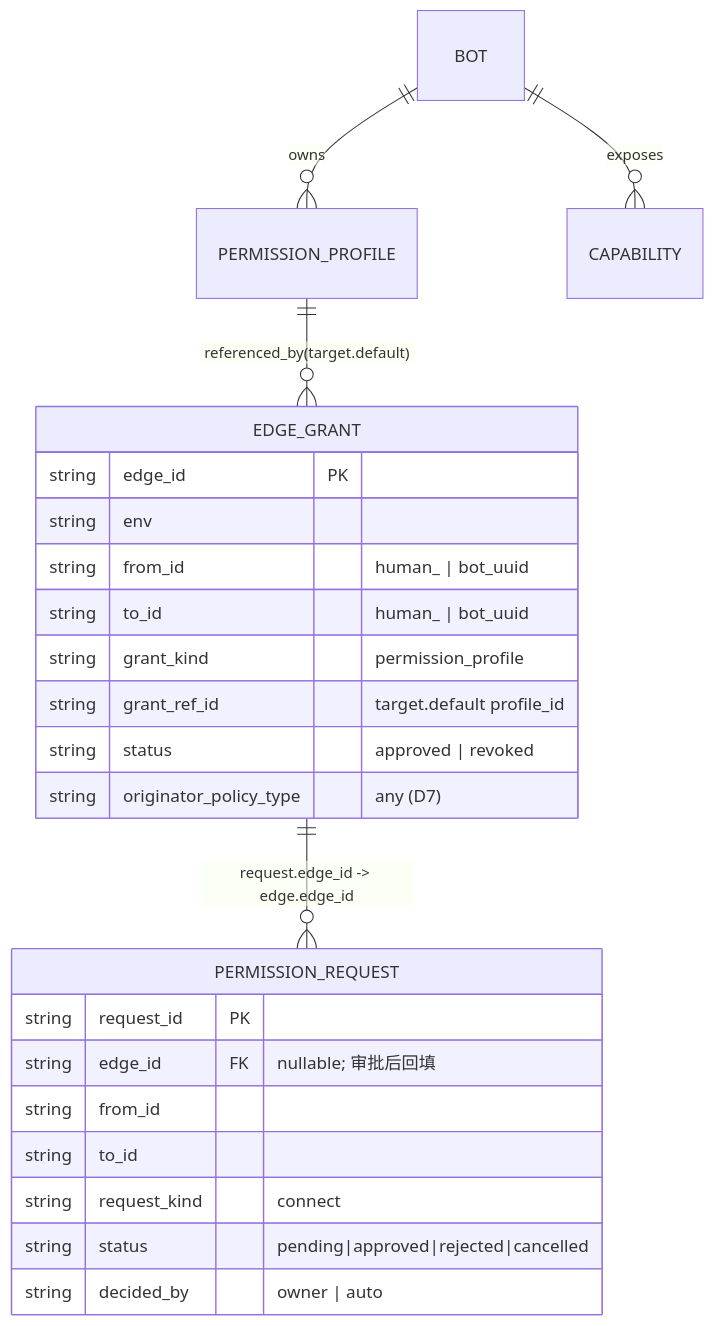
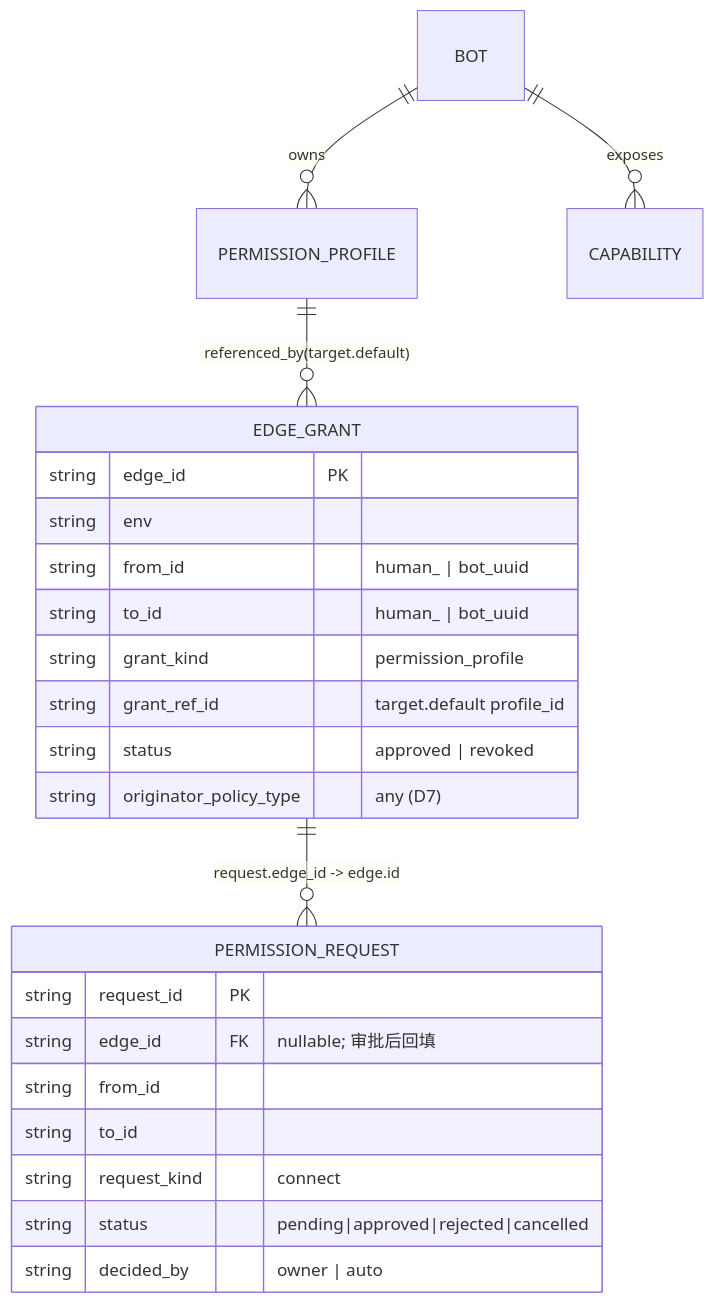
Before and after one commit to inclusionAI/Avernet: the first of 2 diagrams in src/bcs/docs/superpowers/specs/2026-08-18-friend-edge-permission-reform.md, drawn with Mermaid. The commit also changed other lines of this file and 28 other files, not shown here.

Commit message:
fix(bcs): migrate edge permission ids to bigint

````diff
--- a/src/bcs/docs/superpowers/specs/2026-08-18-friend-edge-permission-reform.md
+++ b/src/bcs/docs/superpowers/specs/2026-08-18-friend-edge-permission-reform.md
@@ -172,27 +172,27 @@
 ```mermaid
 erDiagram
     BOT ||--o{ PERMISSION_PROFILE : owns
     BOT ||--o{ CAPABILITY : exposes
     PERMISSION_PROFILE ||--o{ EDGE_GRANT : "referenced_by(target.default)"
-    EDGE_GRANT ||--o{ PERMISSION_REQUEST : "request.edge_id -> edge.edge_id"
+    EDGE_GRANT ||--o{ PERMISSION_REQUEST : "request.edge_id -> edge.id"
 
     EDGE_GRANT {
         string edge_id PK
         string env
         string from_id "human_<staff_no> | bot_uuid"
         string to_id  "human_<staff_no> | bot_uuid"
         string grant_kind "permission_profile"
         string grant_ref_id "target.default profile_id"
         string status "approved | revoked"
         string originator_policy_type "any (D7)"
     }
     PERMISSION_REQUEST {
         string request_id PK
         string edge_id FK "nullable; 审批后回填"
         string from_id
         string to_id
         string request_kind "connect"
         string status "pending|approved|rejected|cancelled"
         string decided_by "owner | auto"
     }
 ```
````
